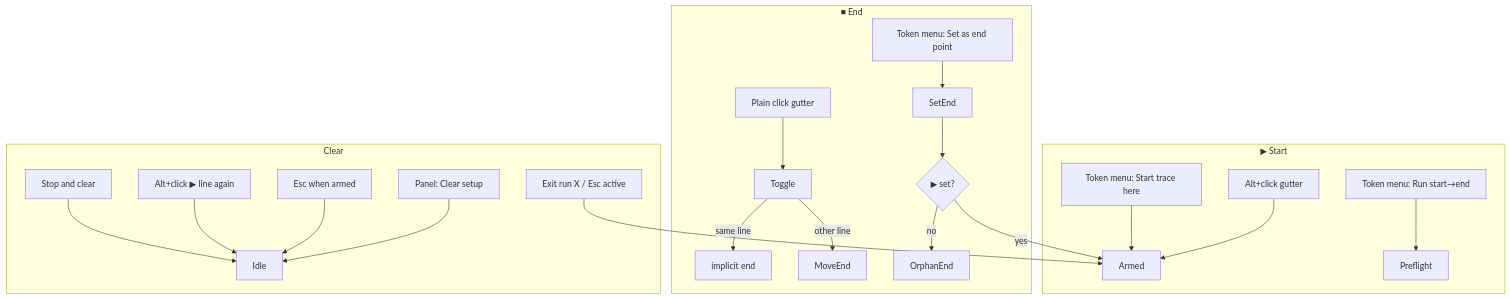
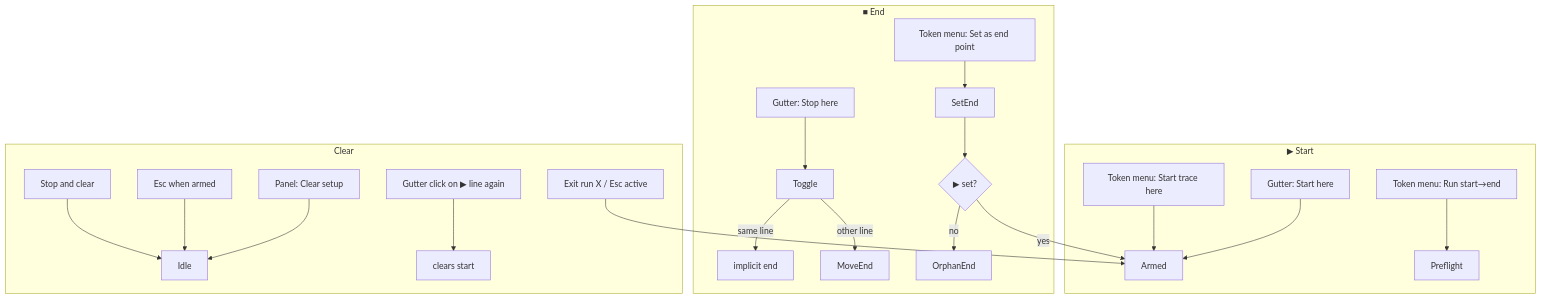
One commit to matkleve/codegrapher changed the second of 5 diagrams in docs/specs/system/execution-simulator.modes.supplement.md. Above: the diagram before and after it, drawn with Mermaid. The commit also changed other lines of this file and 93 other files, not shown here.

````diff
--- a/docs/specs/system/execution-simulator.modes.supplement.md
+++ b/docs/specs/system/execution-simulator.modes.supplement.md
@@ -65,27 +65,27 @@
 ```mermaid
 flowchart TB
   subgraph start [▶ Start]
-    SA[Alt+click gutter] --> Armed
+    SA[Gutter: Start here] --> Armed
     SC[Token menu: Start trace here] --> Armed
     SR[Token menu: Run start→end] --> Preflight
   end
 
   subgraph end [■ End]
-    EA[Plain click gutter] --> Toggle
+    EA[Gutter: Stop here] --> Toggle
     EC[Token menu: Set as end point] --> SetEnd
     Toggle -->|same line| ClearEnd[implicit end]
     Toggle -->|other line| MoveEnd
     SetEnd --> ArmedOrOrphan
     ArmedOrOrphan{▶ set?}
     ArmedOrOrphan -->|yes| Armed
     ArmedOrOrphan -->|no| OrphanEnd
   end
 
   subgraph clear [Clear]
     D1[Panel: Clear setup] --> Idle
     D2[Esc when armed] --> Idle
-    D3[Alt+click ▶ line again] --> Idle
+    D3[Gutter click on ▶ line again] --> ClearStart[clears start]
     D4[Exit run X / Esc active] --> Armed
     D5[Stop and clear] --> Idle
   end
 ```
````
